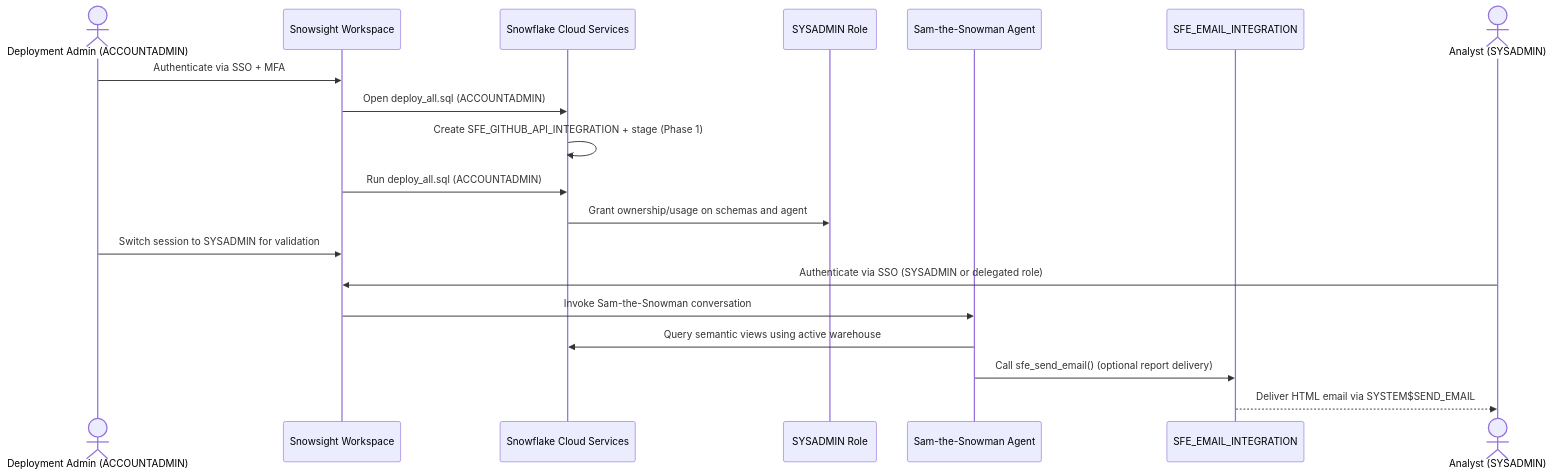
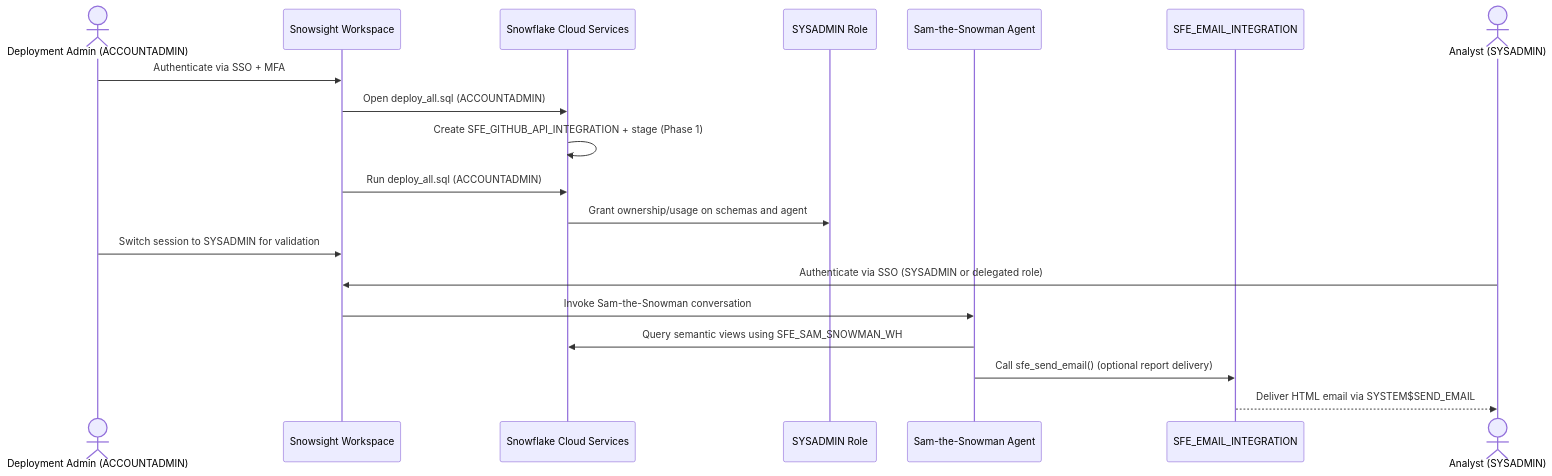
One commit to sfc-gh-miwhitaker/Sam-the-Snowman changed the diagram in diagrams/auth-flow.md. Above: the diagram before and after it, drawn with Mermaid. The commit also changed other lines of this file and 18 other files, not shown here.

````diff
--- a/diagrams/auth-flow.md
+++ b/diagrams/auth-flow.md
@@ -12,23 +12,23 @@
 ```mermaid
 sequenceDiagram
     actor Admin as Deployment Admin (ACCOUNTADMIN)
     participant Snowsight as Snowsight Workspace
     participant Snowflake as Snowflake Cloud Services
     participant SYSADMIN as SYSADMIN Role
     participant Agent as Sam-the-Snowman Agent
     participant Email as SFE_EMAIL_INTEGRATION
     actor Analyst as Analyst (SYSADMIN)
 
     Admin->>Snowsight: Authenticate via SSO + MFA
     Snowsight->>Snowflake: Open deploy_all.sql (ACCOUNTADMIN)
     Snowflake->>Snowflake: Create SFE_GITHUB_API_INTEGRATION + stage (Phase 1)
     Snowsight->>Snowflake: Run deploy_all.sql (ACCOUNTADMIN)
     Snowflake->>SYSADMIN: Grant ownership/usage on schemas and agent
     Admin->>Snowsight: Switch session to SYSADMIN for validation
 
     Analyst->>Snowsight: Authenticate via SSO (SYSADMIN or delegated role)
     Snowsight->>Agent: Invoke Sam-the-Snowman conversation
-    Agent->>Snowflake: Query semantic views using active warehouse
+    Agent->>Snowflake: Query semantic views using SFE_SAM_SNOWMAN_WH
     Agent->>Email: Call sfe_send_email() (optional report delivery)
     Email-->>Analyst: Deliver HTML email via SYSTEM$SEND_EMAIL
 ```
````
